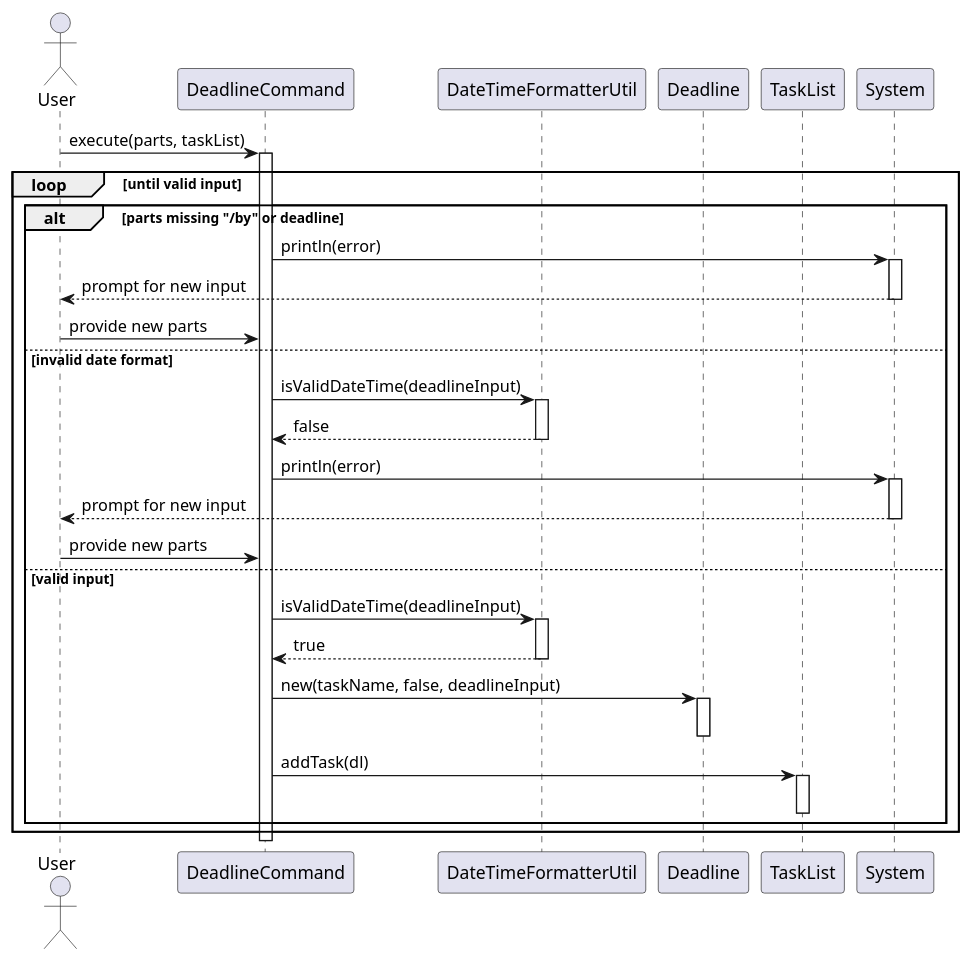
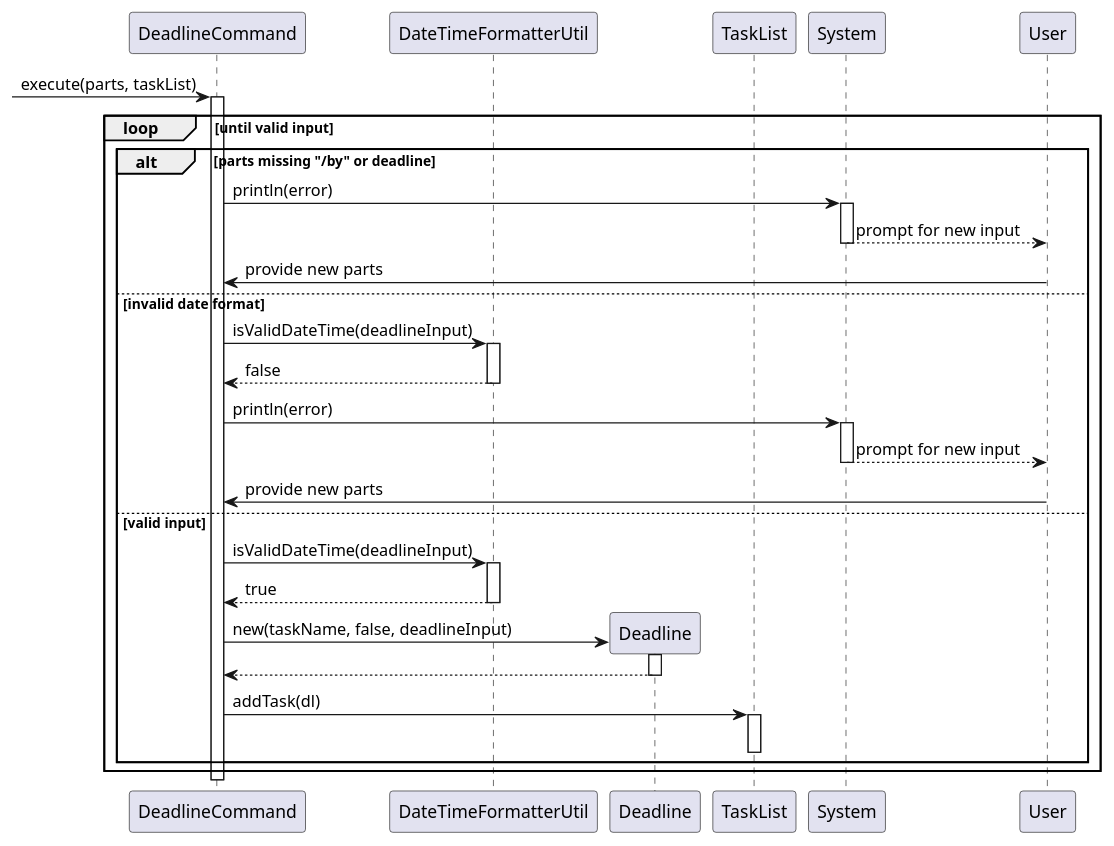
Before and after one commit to wongyihao02/tp: the diagram in docs/diagrams/tasklistcommands/DeadlineCommandSequenceDiagram.puml, drawn with PlantUML. The commit also changed 19 other files, not shown here.

Commit message:
Edit sequence diagrams for taskcommands

```diff
--- a/docs/diagrams/tasklistcommands/DeadlineCommandSequenceDiagram.puml
+++ b/docs/diagrams/tasklistcommands/DeadlineCommandSequenceDiagram.puml
@@ -1,50 +1,50 @@
 @startuml
 'https://plantuml.com/sequence-diagram
-
-actor User
 
 participant "DeadlineCommand" as DeadlineCmd
 participant "DateTimeFormatterUtil" as Formatter
 participant "Deadline" as Deadline
 participant "TaskList" as TaskList
 participant "System" as Console
 
-User -> DeadlineCmd : execute(parts, taskList)
+-> DeadlineCmd : execute(parts, taskList)
 activate DeadlineCmd
 
 loop until valid input
     alt parts missing "/by" or deadline
         DeadlineCmd -> Console : println(error)
         activate Console
         Console --> User : prompt for new input
         deactivate Console
         User -> DeadlineCmd : provide new parts
     else invalid date format
         DeadlineCmd -> Formatter : isValidDateTime(deadlineInput)
         activate Formatter
         Formatter --> DeadlineCmd : false
         deactivate Formatter
 
         DeadlineCmd -> Console : println(error)
         activate Console
         Console --> User : prompt for new input
         deactivate Console
         User -> DeadlineCmd : provide new parts
     else valid input
         DeadlineCmd -> Formatter : isValidDateTime(deadlineInput)
         activate Formatter
         Formatter --> DeadlineCmd : true
         deactivate Formatter
 
+        create Deadline
         DeadlineCmd -> Deadline : new(taskName, false, deadlineInput)
         activate Deadline
+        Deadline --> DeadlineCmd
         deactivate Deadline
 
         DeadlineCmd -> TaskList : addTask(dl)
         activate TaskList
         deactivate TaskList
     end
 end
 
 deactivate DeadlineCmd
 @enduml
```
